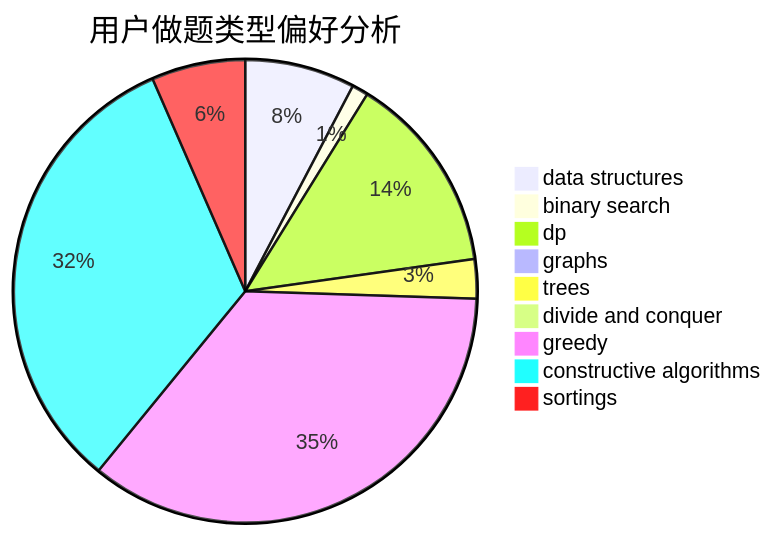
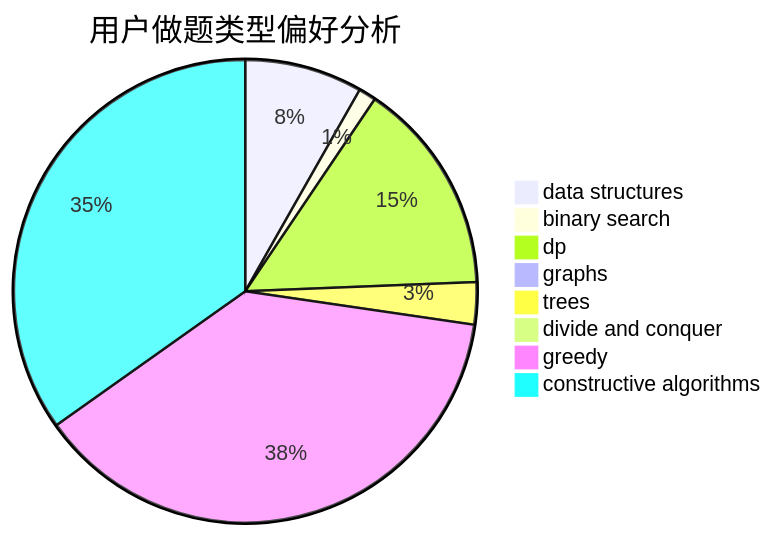
The second of 3 diagrams in docs/user/u386.md (sherpahu/cfrs.github.io), drawn with Mermaid before and after one commit. The commit also changed other lines of this file and 2769 other files, not shown here.

````diff
--- a/docs/user/u386.md
+++ b/docs/user/u386.md
@@ -18,12 +18,11 @@
 ```mermaid
 pie title 用户做题类型偏好分析
     "data structures" :  81
     "binary search" :  12
     "dp" :  147
     "graphs" :  9
     "trees" :  29
     "divide and conquer" :  0
     "greedy" :  373
     "constructive algorithms" :  343
-    "sortings" :  69
 ```
````
